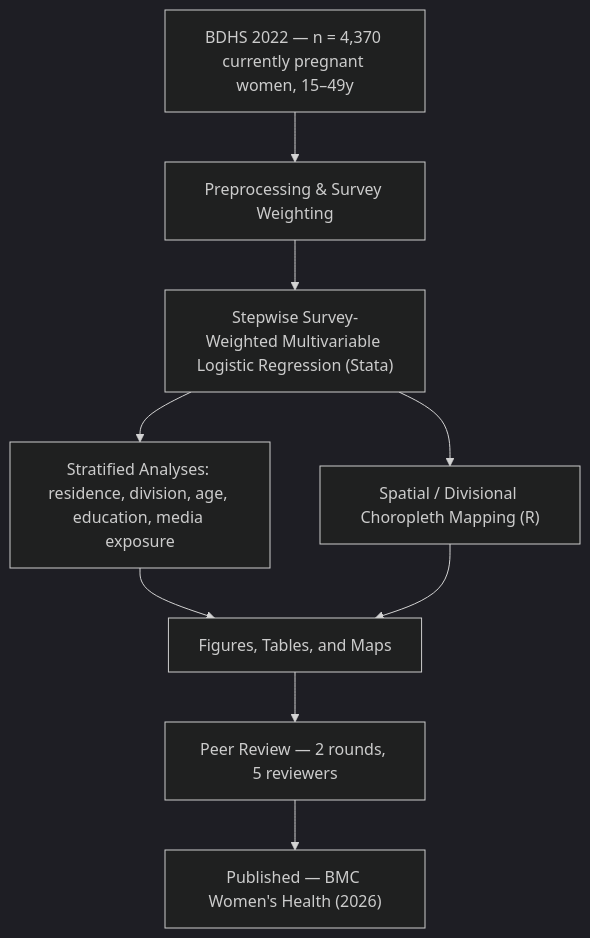
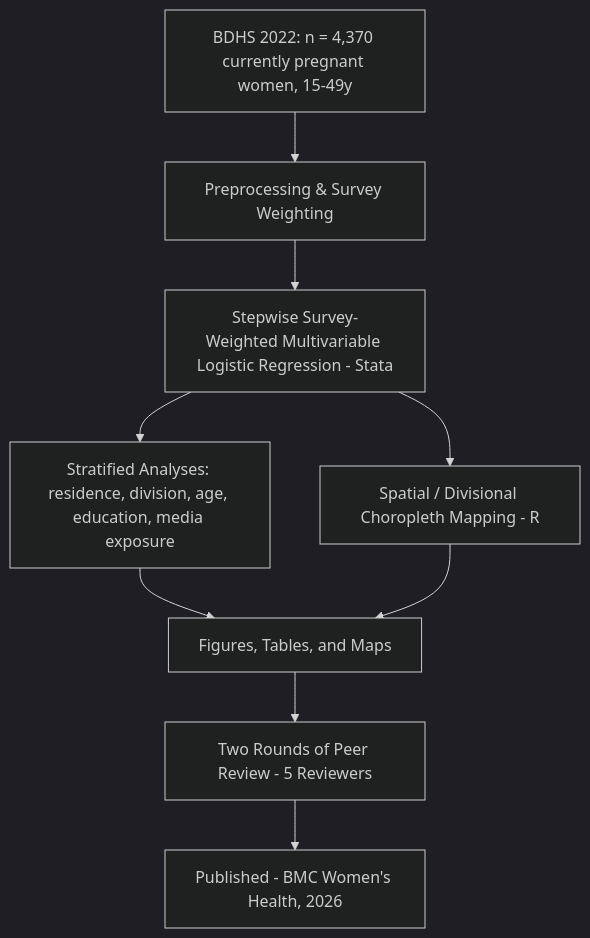
The diagram in README.md (muhammadsalek/BDHS-Unmet-Need-Analysis), drawn with Mermaid (dark theme) before and after one commit. The commit also changed other lines of this file, not shown here.

````diff
--- a/README.md
+++ b/README.md
@@ -79,11 +74,11 @@
 ```mermaid
 flowchart TD
-    A["BDHS 2022 — n = 4,370 currently pregnant women, 15–49y"] --> B["Preprocessing & Survey Weighting"]
-    B --> C["Stepwise Survey-Weighted Multivariable Logistic Regression (Stata)"]
-    C --> D["Stratified Analyses: residence, division, age, education, media exposure"]
-    C --> E["Spatial / Divisional Choropleth Mapping (R)"]
-    D --> F["Figures, Tables, and Maps"]
+    A[BDHS 2022: n = 4,370 currently pregnant women, 15-49y] --> B[Preprocessing & Survey Weighting]
+    B --> C[Stepwise Survey-Weighted Multivariable Logistic Regression - Stata]
+    C --> D[Stratified Analyses: residence, division, age, education, media exposure]
+    C --> E[Spatial / Divisional Choropleth Mapping - R]
+    D --> F[Figures, Tables, and Maps]
     E --> F
-    F --> G["Peer Review — 2 rounds, 5 reviewers"]
-    G --> H["Published — BMC Women's Health (2026)"]
+    F --> G[Two Rounds of Peer Review - 5 Reviewers]
+    G --> H[Published - BMC Women's Health, 2026]
 ```
````
